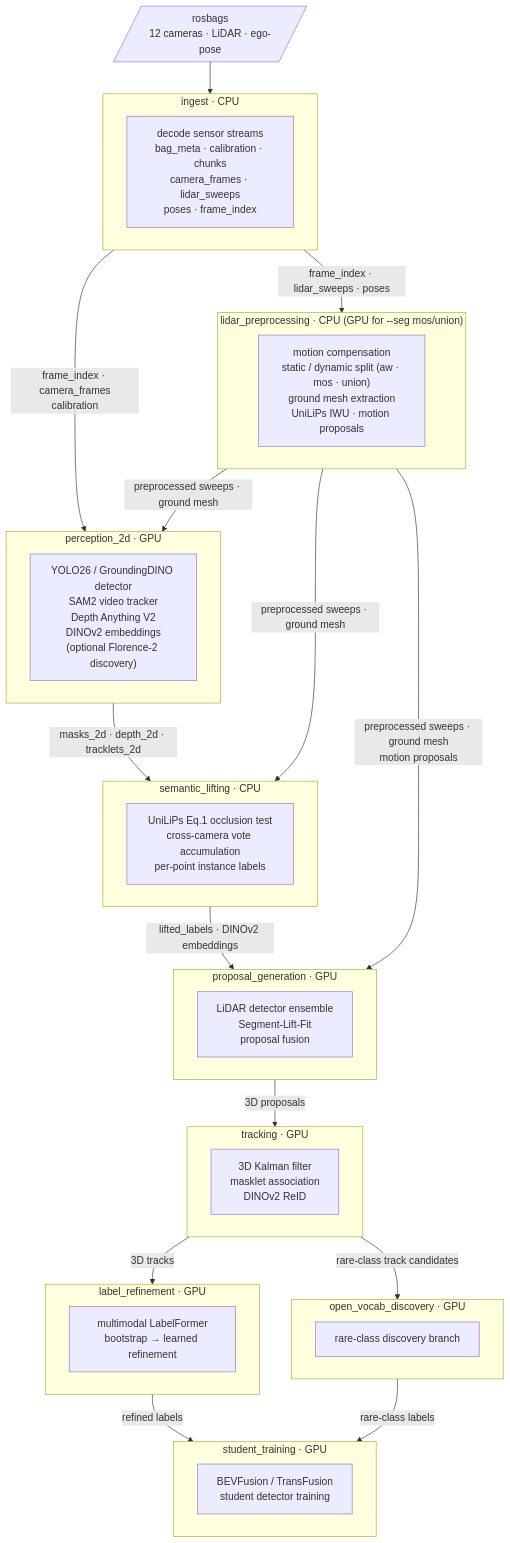
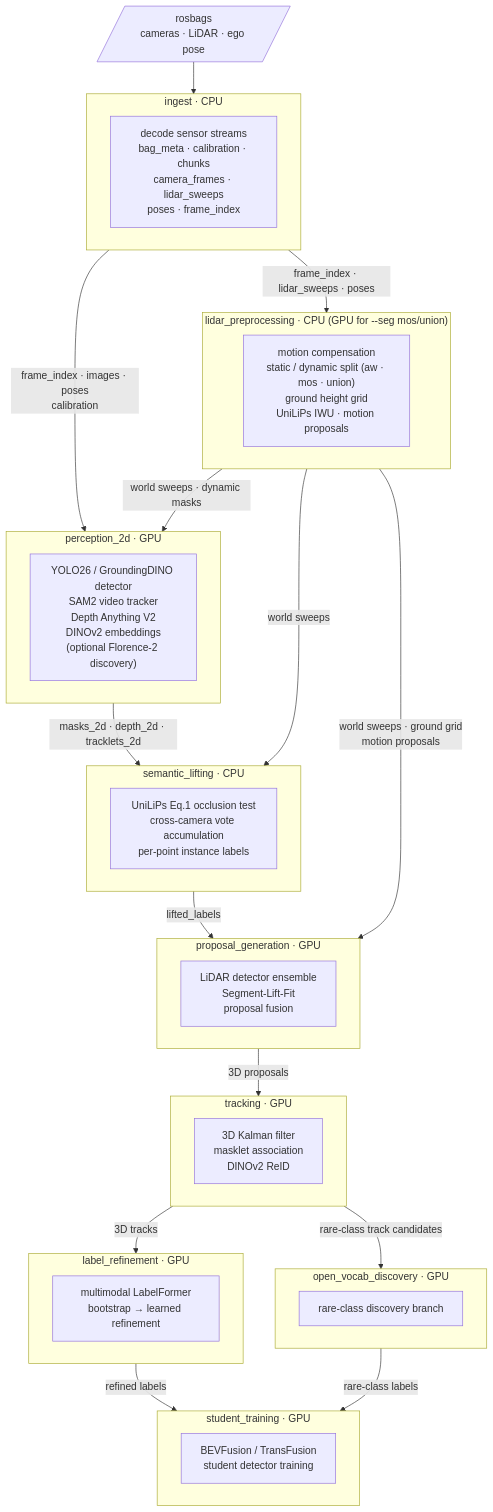
One commit to WATonomous/wato_world changed the diagram in README.md. Above: the diagram before and after it, drawn with Mermaid. The commit also changed other lines of this file and 107 other files, not shown here.

````diff
--- a/README.md
+++ b/README.md
@@ -9,54 +10,54 @@
 ```mermaid
 flowchart TD
-    BAG[/"rosbags\n12 cameras · LiDAR · ego-pose"/]
+    BAG[/"rosbags\ncameras · LiDAR · ego pose"/]
 
     subgraph ingest["ingest  ·  CPU"]
         I["decode sensor streams\nbag_meta · calibration · chunks\ncamera_frames · lidar_sweeps\nposes · frame_index"]
     end
 
     subgraph lidar_prep["lidar_preprocessing  ·  CPU (GPU for --seg mos/union)"]
-        LP["motion compensation\nstatic / dynamic split (aw · mos · union)\nground mesh extraction\nUniLiPs IWU · motion proposals"]
+        LP["motion compensation\nstatic / dynamic split (aw · mos · union)\nground height grid\nUniLiPs IWU · motion proposals"]
     end
 
     subgraph perception_2d["perception_2d  ·  GPU"]
         P2["YOLO26 / GroundingDINO detector\nSAM2 video tracker\nDepth Anything V2\nDINOv2 embeddings\n(optional Florence-2 discovery)"]
     end
 
     subgraph semantic_lifting["semantic_lifting  ·  CPU"]
         SL["UniLiPs Eq.1 occlusion test\ncross-camera vote accumulation\nper-point instance labels"]
     end
 
     subgraph proposal_gen["proposal_generation  ·  GPU"]
         PG["LiDAR detector ensemble\nSegment-Lift-Fit\nproposal fusion"]
     end
 
     subgraph tracking["tracking  ·  GPU"]
         TR["3D Kalman filter\nmasklet association\nDINOv2 ReID"]
     end
 
     subgraph label_ref["label_refinement  ·  GPU"]
         LR["multimodal LabelFormer\nbootstrap → learned refinement"]
     end
 
     subgraph ovd["open_vocab_discovery  ·  GPU"]
         OV["rare-class discovery branch"]
     end
 
     subgraph student["student_training  ·  GPU"]
         ST["BEVFusion / TransFusion\nstudent detector training"]
     end
 
     BAG --> ingest
-    ingest -- "frame_index · camera_frames\ncalibration" --> perception_2d
+    ingest -- "frame_index · images · poses\ncalibration" --> perception_2d
     ingest -- "frame_index · lidar_sweeps · poses" --> lidar_prep
-    lidar_prep -- "preprocessed sweeps · ground mesh" --> perception_2d
-    lidar_prep -- "preprocessed sweeps · ground mesh" --> semantic_lifting
+    lidar_prep -- "world sweeps · dynamic masks" --> perception_2d
+    lidar_prep -- "world sweeps" --> semantic_lifting
     perception_2d -- "masks_2d · depth_2d · tracklets_2d" --> semantic_lifting
-    semantic_lifting -- "lifted_labels · DINOv2 embeddings" --> proposal_gen
-    lidar_prep -- "preprocessed sweeps · ground mesh\nmotion proposals" --> proposal_gen
+    semantic_lifting -- "lifted_labels" --> proposal_gen
+    lidar_prep -- "world sweeps · ground grid\nmotion proposals" --> proposal_gen
     proposal_gen -- "3D proposals" --> tracking
     tracking -- "3D tracks" --> label_ref
     tracking -- "rare-class track candidates" --> ovd
     label_ref -- "refined labels" --> student
     ovd -- "rare-class labels" --> student
 ```
````
